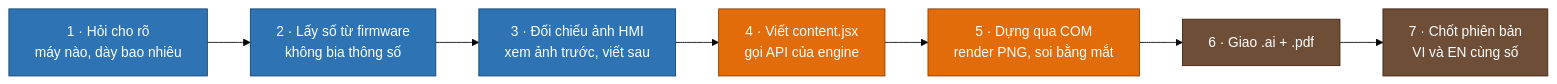
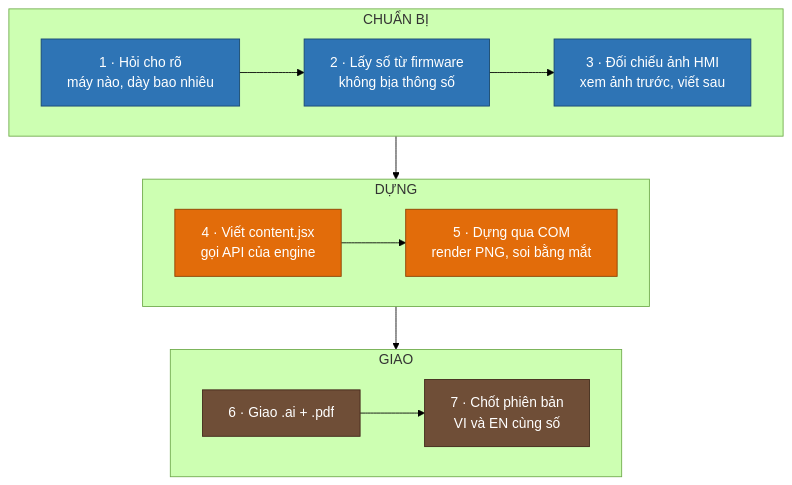
The diagram in README.md (TCL-DA/otl-manual-builder), drawn with Mermaid (forest theme) before and after one commit.

Commit message:
readme: xếp sơ đồ quy trình thành 3 hàng cho vừa khung

````diff
--- a/README.md
+++ b/README.md
@@ -58,16 +58,23 @@
 ```mermaid
-flowchart LR
-    A["1 · Hỏi cho rõ<br/>máy nào, dày bao nhiêu"] --> B["2 · Lấy số từ firmware<br/>không bịa thông số"]
-    B --> C["3 · Đối chiếu ảnh HMI<br/>xem ảnh trước, viết sau"]
-    C --> D["4 · Viết content.jsx<br/>gọi API của engine"]
-    D --> E["5 · Dựng qua COM<br/>render PNG, soi bằng mắt"]
-    E --> F["6 · Giao .ai + .pdf"]
-    F --> G["7 · Chốt phiên bản<br/>VI và EN cùng số"]
+flowchart TB
+    subgraph S1["CHUẨN BỊ"]
+        direction LR
+        A["1 · Hỏi cho rõ<br/>máy nào, dày bao nhiêu"] --> B["2 · Lấy số từ firmware<br/>không bịa thông số"] --> C["3 · Đối chiếu ảnh HMI<br/>xem ảnh trước, viết sau"]
+    end
+    subgraph S2["DỰNG"]
+        direction LR
+        D["4 · Viết content.jsx<br/>gọi API của engine"] --> E["5 · Dựng qua COM<br/>render PNG, soi bằng mắt"]
+    end
+    subgraph S3["GIAO"]
+        direction LR
+        F["6 · Giao .ai + .pdf"] --> G["7 · Chốt phiên bản<br/>VI và EN cùng số"]
+    end
+    S1 --> S2 --> S3
 
     classDef hot  fill:#E26C0A,stroke:#8A3F00,color:#fff,stroke-width:1px
     classDef cool fill:#2E74B5,stroke:#17456F,color:#fff,stroke-width:1px
     classDef bean fill:#6F4E37,stroke:#3E2317,color:#fff,stroke-width:1px
     class A,B,C cool
     class D,E hot
     class F,G bean
 ```
````
